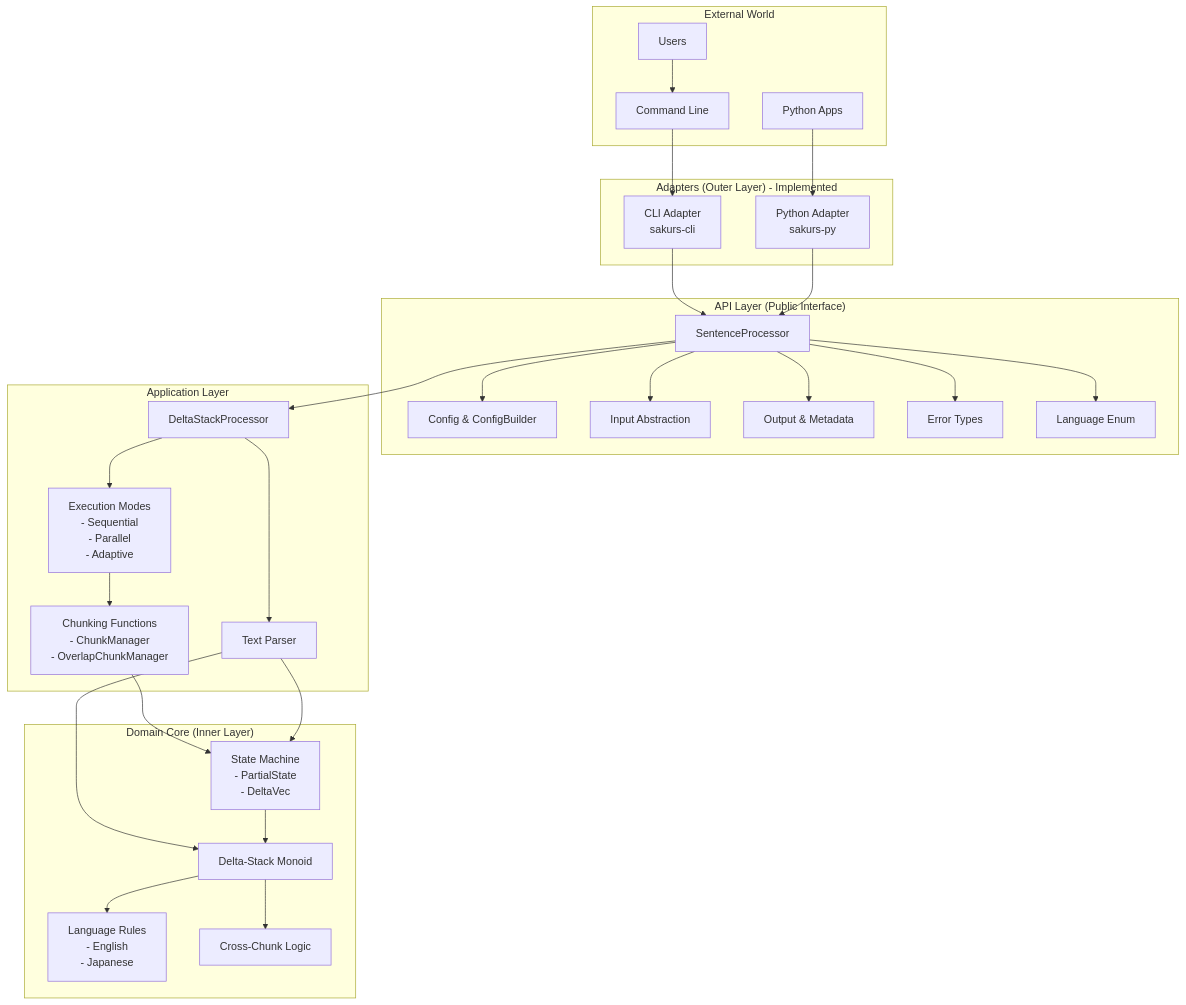
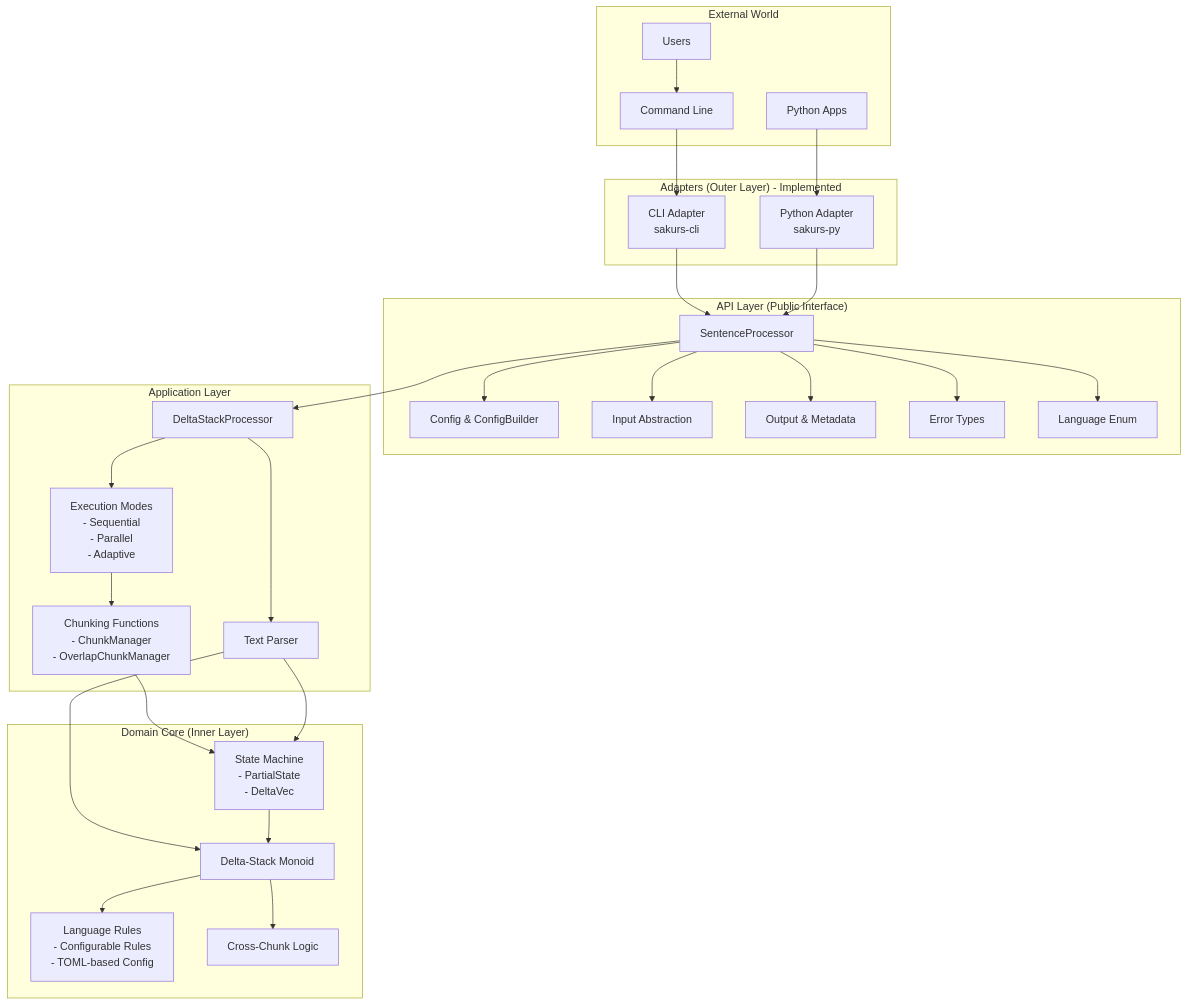
One commit to sog4be/sakurs changed the first of 2 diagrams in docs/ARCHITECTURE.md. Above: the diagram before and after it, drawn with Mermaid. The commit also changed other lines of this file and 3 other files, not shown here.

First line of the commit message:
docs: update documentation for configurable language rules system

````diff
--- a/docs/ARCHITECTURE.md
+++ b/docs/ARCHITECTURE.md
@@ -18,61 +18,61 @@
 ```mermaid
 graph TB
     subgraph "External World"
         USER[Users]
         PY[Python Apps]
         CLI[Command Line]
     end
     
     subgraph "Adapters (Outer Layer) - Implemented"
         ADP_CLI[CLI Adapter<br/>sakurs-cli]
         ADP_PY[Python Adapter<br/>sakurs-py]
     end
     
     subgraph "API Layer (Public Interface)"
         API[SentenceProcessor]
         CFG[Config & ConfigBuilder]
         IN[Input Abstraction]
         OUT[Output & Metadata]
         ERR[Error Types]
         LANG[Language Enum]
     end
     
     subgraph "Application Layer"
         APP[DeltaStackProcessor]
         MODE[Execution Modes<br/>- Sequential<br/>- Parallel<br/>- Adaptive]
         CHUNK[Chunking Functions<br/>- ChunkManager<br/>- OverlapChunkManager]
         PARSER[Text Parser]
     end
     
     subgraph "Domain Core (Inner Layer)"
         ALGO[Delta-Stack Monoid]
-        RULES[Language Rules<br/>- English<br/>- Japanese]
+        RULES[Language Rules<br/>- Configurable Rules<br/>- TOML-based Config]
         STATE[State Machine<br/>- PartialState<br/>- DeltaVec]
         CROSS[Cross-Chunk Logic]
     end
     
     USER --> CLI
     CLI --> ADP_CLI
     PY --> ADP_PY
     
     ADP_CLI --> API
     ADP_PY --> API
     
     API --> CFG
     API --> IN
     API --> OUT
     API --> ERR
     API --> LANG
     API --> APP
     
     APP --> MODE
     APP --> PARSER
     MODE --> CHUNK
     PARSER --> ALGO
     
     CHUNK --> STATE
     PARSER --> STATE
     STATE --> ALGO
     ALGO --> RULES
     ALGO --> CROSS
 ```
````
